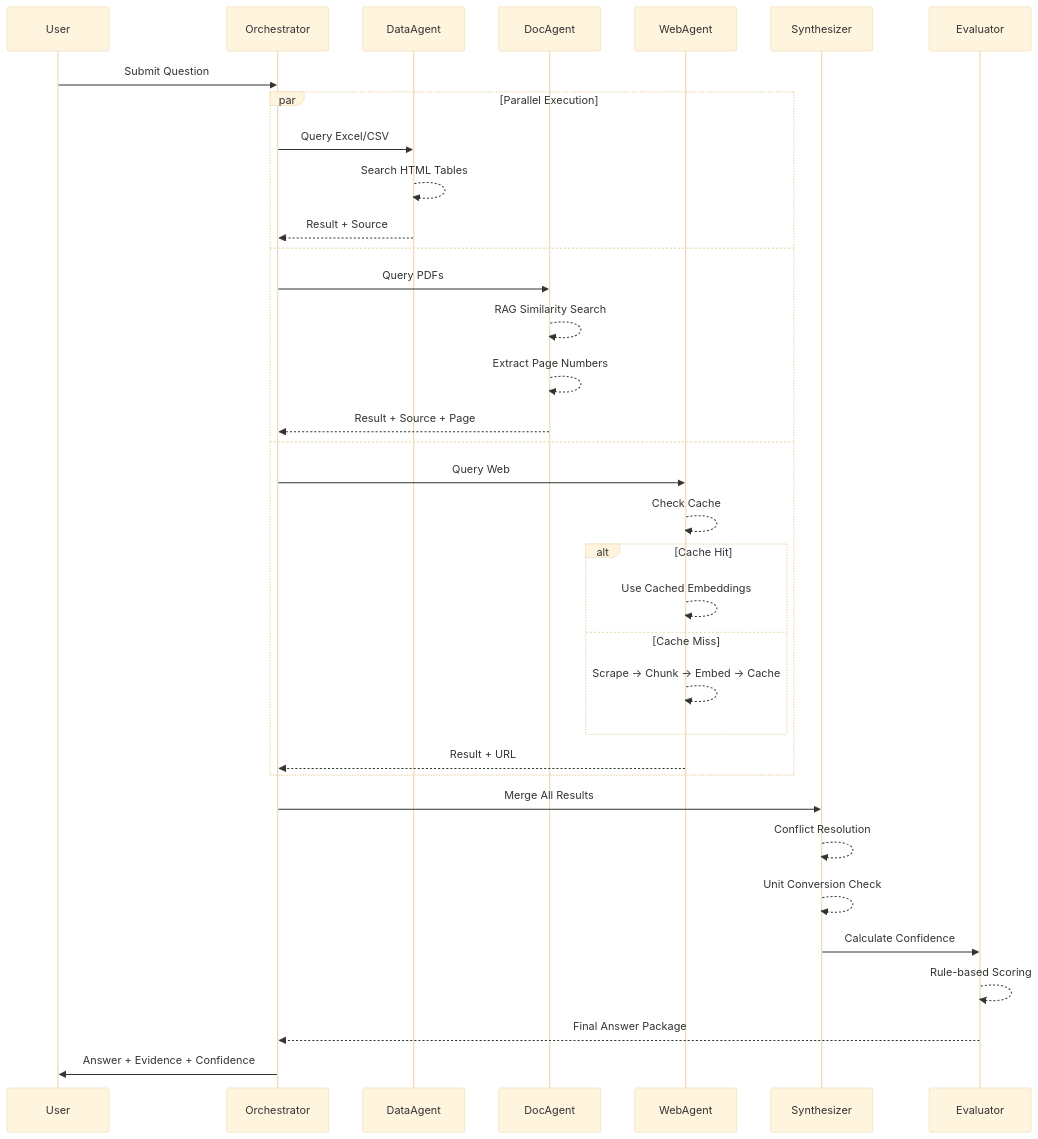
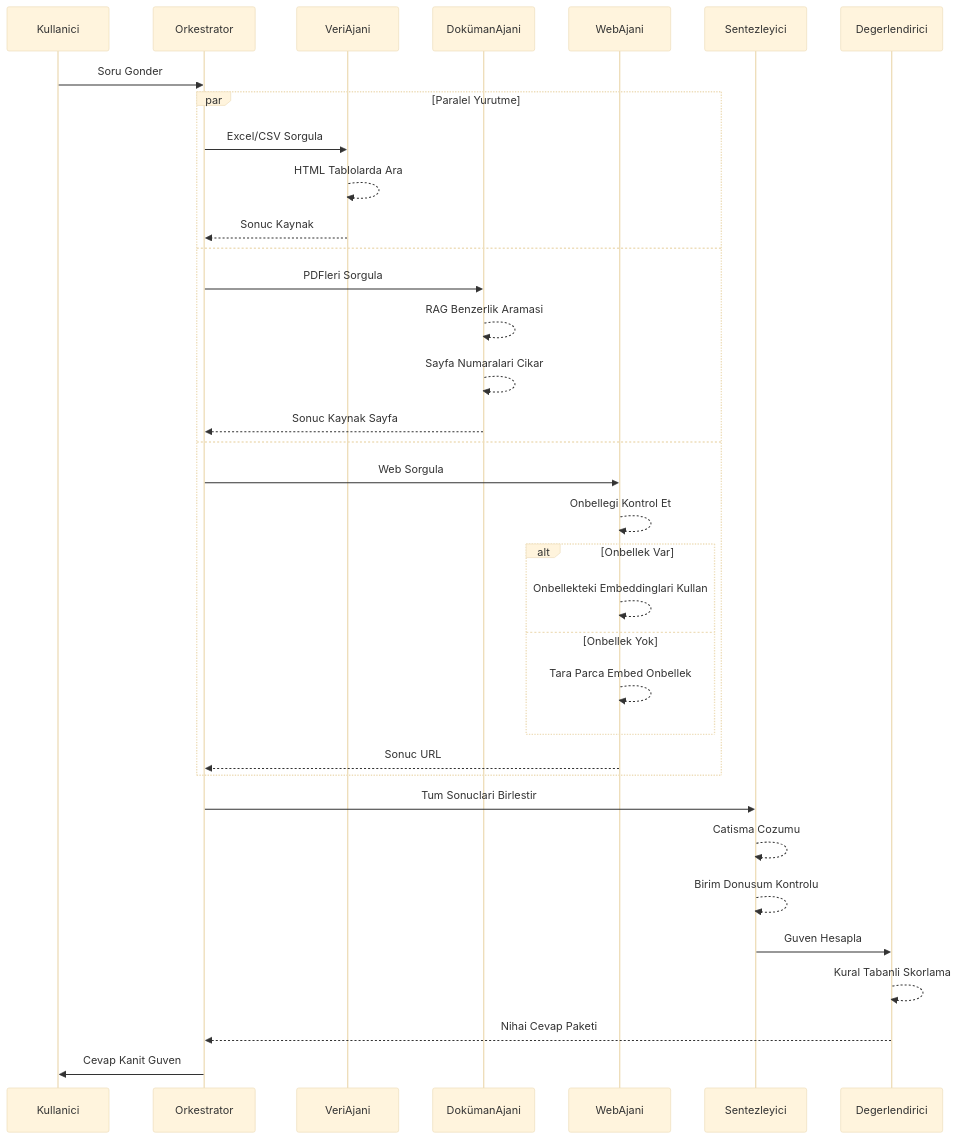
Before and after one commit to fillopisyu/KKB-Project: the second of 8 diagrams in README.md, drawn with Mermaid (base theme). The commit also changed other lines of this file, not shown here.

First line of the commit message:
docs: Translate README to Turkish and fix Mermaid syntax errors

````diff
--- a/README.md
+++ b/README.md
@@ -198,41 +198,41 @@
 ```mermaid
 sequenceDiagram
-    participant User
-    participant Orchestrator
-    participant DataAgent
-    participant DocAgent
-    participant WebAgent
-    participant Synthesizer
-    participant Evaluator
+    participant Kullanici
+    participant Orkestrator
+    participant VeriAjani
+    participant DokümanAjani
+    participant WebAjani
+    participant Sentezleyici
+    participant Degerlendirici
     
-    User->>Orchestrator: Submit Question
+    Kullanici->>Orkestrator: Soru Gonder
     
-    par Parallel Execution
-        Orchestrator->>DataAgent: Query Excel/CSV
-        DataAgent-->>DataAgent: Search HTML Tables
-        DataAgent-->>Orchestrator: Result + Source
+    par Paralel Yurutme
+        Orkestrator->>VeriAjani: Excel/CSV Sorgula
+        VeriAjani-->>VeriAjani: HTML Tablolarda Ara
+        VeriAjani-->>Orkestrator: Sonuc Kaynak
     and
-        Orchestrator->>DocAgent: Query PDFs
-        DocAgent-->>DocAgent: RAG Similarity Search
-        DocAgent-->>DocAgent: Extract Page Numbers
-        DocAgent-->>Orchestrator: Result + Source + Page
+        Orkestrator->>DokümanAjani: PDFleri Sorgula
+        DokümanAjani-->>DokümanAjani: RAG Benzerlik Aramasi
+        DokümanAjani-->>DokümanAjani: Sayfa Numaralari Cikar
+        DokümanAjani-->>Orkestrator: Sonuc Kaynak Sayfa
     and
-        Orchestrator->>WebAgent: Query Web
-        WebAgent-->>WebAgent: Check Cache
-        alt Cache Hit
-            WebAgent-->>WebAgent: Use Cached Embeddings
-        else Cache Miss
-            WebAgent-->>WebAgent: Scrape → Chunk → Embed → Cache
+        Orkestrator->>WebAjani: Web Sorgula
+        WebAjani-->>WebAjani: Onbellegi Kontrol Et
+        alt Onbellek Var
+            WebAjani-->>WebAjani: Onbellekteki Embeddinglari Kullan
+        else Onbellek Yok
+            WebAjani-->>WebAjani: Tara Parca Embed Onbellek
         end
-        WebAgent-->>Orchestrator: Result + URL
+        WebAjani-->>Orkestrator: Sonuc URL
     end
     
-    Orchestrator->>Synthesizer: Merge All Results
-    Synthesizer-->>Synthesizer: Conflict Resolution
-    Synthesizer-->>Synthesizer: Unit Conversion Check
-    Synthesizer->>Evaluator: Calculate Confidence
-    Evaluator-->>Evaluator: Rule-based Scoring
-    Evaluator-->>Orchestrator: Final Answer Package
+    Orkestrator->>Sentezleyici: Tum Sonuclari Birlestir
+    Sentezleyici-->>Sentezleyici: Catisma Cozumu
+    Sentezleyici-->>Sentezleyici: Birim Donusum Kontrolu
+    Sentezleyici->>Degerlendirici: Guven Hesapla
+    Degerlendirici-->>Degerlendirici: Kural Tabanli Skorlama
+    Degerlendirici-->>Orkestrator: Nihai Cevap Paketi
     
-    Orchestrator->>User: Answer + Evidence + Confidence
+    Orkestrator->>Kullanici: Cevap Kanit Guven
 ```
````
